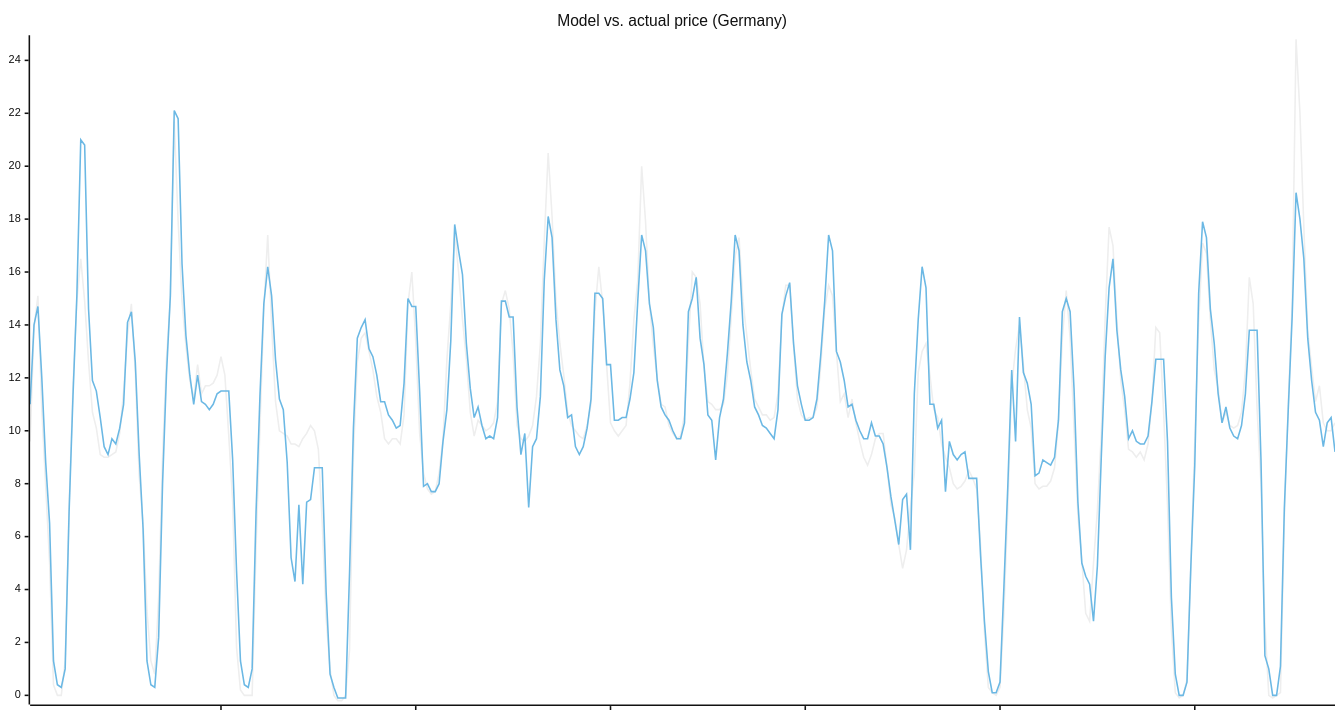
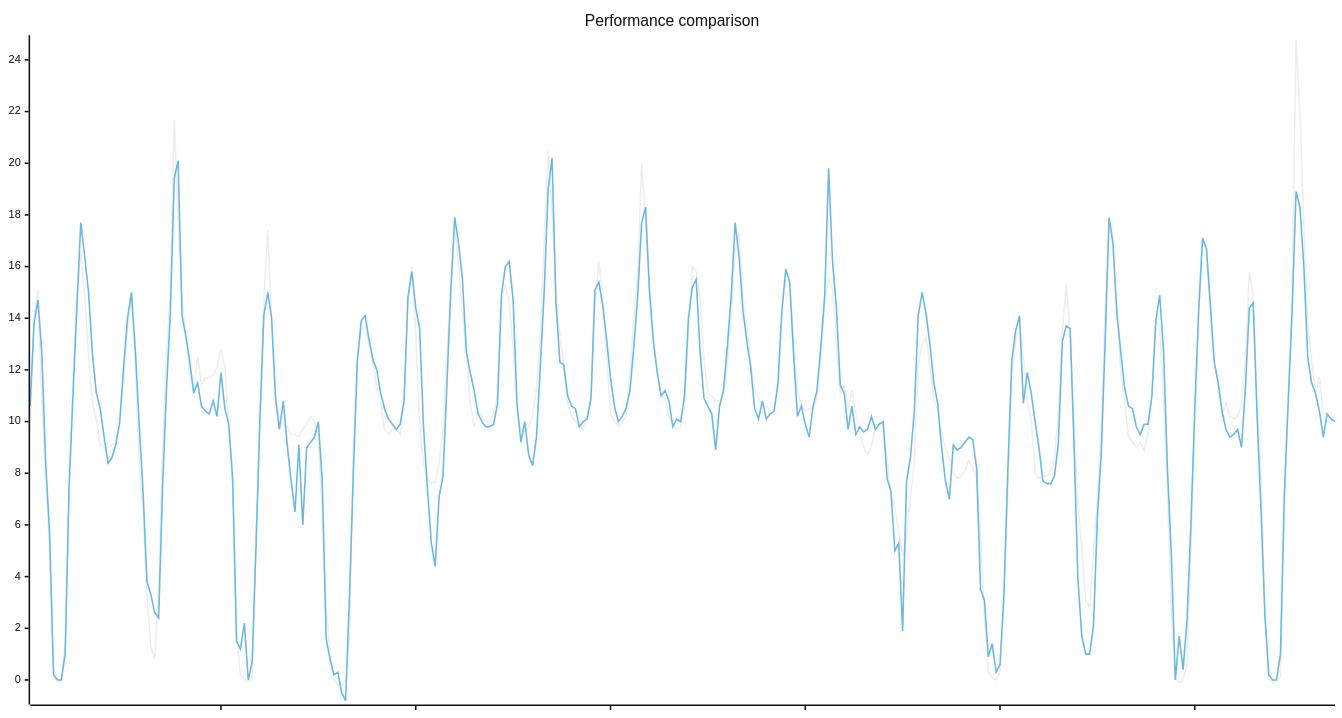
One commit to hchris1/EpexPredictor changed the diagram in README.md. Above: the diagram before and after it, drawn with Mermaid (neutral theme). The commit also changed other lines of this file and 2 other files, not shown here.

Commit message:
slightly revised model: add up weather cols into one before KNN. Slightly better performance especially when detecting strong peaks/valleys

````diff
--- a/README.md
+++ b/README.md
@@ -63,15 +64,15 @@
 ```mermaid
 ---
 config:
     xyChart:
         width: 1700
         height: 900
         plotReservedSpacePercent: 80
         xAxis:
             showLabel: false
 ---
 xychart-beta
-    title "Model vs. actual price (Germany)"
-    line [9.6,13.9,15.1,10.8,7.9,5.0,0.4,0.0,0.0,1.3,7.1,11.7,14.9,16.5,14.9,12.6,10.7,10.1,9.1,9.0,9.0,9.1,9.2,9.9,11.5,13.6,14.8,12.2,8.3,6.5,3.2,1.3,0.8,3.7,9.0,12.7,15.0,21.7,17.9,14.9,13.2,11.9,11.2,12.5,11.4,11.7,11.7,11.8,12.1,12.8,12.1,9.8,7.3,1.8,0.2,-0.0,-0.0,0.0,5.6,10.1,14.6,17.4,14.0,11.1,10.0,9.9,9.8,9.5,9.5,9.4,9.7,9.9,10.2,10.0,9.3,6.5,2.9,1.0,0.0,-0.2,-0.2,0.0,1.7,9.1,12.6,13.5,13.7,13.0,12.3,11.3,10.7,9.7,9.5,9.7,9.7,9.5,10.6,14.8,16.0,13.4,9.9,8.4,7.8,7.6,7.7,8.4,9.7,12.7,14.8,17.5,16.0,14.2,12.7,10.7,9.8,10.4,10.2,10.0,10.1,10.3,11.1,14.8,15.3,14.6,12.9,10.2,9.7,9.6,9.8,10.2,11.3,13.3,17.2,20.5,18.1,14.9,13.3,12.1,10.7,10.2,10.0,9.8,9.7,10.2,11.0,14.5,16.2,14.8,12.5,10.3,10.0,9.8,10.0,10.2,11.8,14.2,15.7,20.0,17.9,14.8,13.2,12.0,11.0,10.9,10.2,9.9,9.7,9.8,10.6,13.3,16.0,15.8,14.8,12.4,11.1,11.0,10.8,10.8,11.0,12.1,14.3,16.6,17.3,14.9,13.6,12.3,11.2,10.9,10.6,10.6,10.4,10.5,11.4,14.3,15.5,15.5,13.2,11.2,10.6,10.4,10.5,10.5,10.9,12.5,14.6,15.5,15.1,13.0,11.1,11.4,10.5,11.2,10.3,9.6,9.0,8.7,9.1,9.7,9.9,9.9,8.6,7.2,6.7,5.7,4.8,5.5,7.1,8.4,12.2,13.0,13.3,12.1,10.8,10.5,9.5,9.0,8.6,8.0,7.8,7.9,8.1,8.5,8.2,7.8,5.7,2.4,0.3,0.1,0.0,0.3,3.1,7.1,11.7,13.1,14.0,12.5,10.8,10.1,8.0,7.8,7.9,7.9,8.1,8.6,10.3,13.5,15.3,13.5,10.1,6.8,5.1,3.1,2.8,5.0,7.0,9.9,14.3,17.7,17.0,14.2,11.9,10.8,9.3,9.2,9.0,9.2,8.9,9.5,11.1,13.9,13.7,10.7,7.2,2.5,0.1,-0.1,-0.0,0.6,5.0,9.6,14.1,17.1,16.7,14.2,12.3,11.6,10.3,10.7,10.2,10.1,10.2,10.7,12.3,15.8,14.8,10.8,8.0,2.7,-0.0,-0.1,-0.0,0.1,6.7,11.0,14.8,24.8,22.0,17.7,13.8,12.4,11.1,11.7,10.3,10.0,10.0,10.3]
-    line [11.0,14.0,14.7,12.0,8.8,6.5,1.3,0.4,0.3,1.0,6.9,11.3,15.1,21.0,20.8,14.6,11.9,11.5,10.5,9.4,9.1,9.7,9.5,10.1,11.0,14.1,14.5,12.6,9.1,6.3,1.3,0.4,0.3,2.2,8.0,12.1,15.1,22.1,21.8,16.3,13.6,12.1,11.0,12.1,11.1,11.0,10.8,11.0,11.4,11.5,11.5,11.5,8.9,4.7,1.3,0.4,0.3,1.0,6.9,11.3,14.8,16.2,15.1,12.7,11.2,10.8,8.8,5.2,4.3,7.2,4.2,7.3,7.4,8.6,8.6,8.6,3.9,0.8,0.3,-0.1,-0.1,-0.1,4.6,10.1,13.5,13.9,14.2,13.1,12.8,12.1,11.1,11.1,10.6,10.4,10.1,10.2,11.8,15.0,14.7,14.7,11.5,7.9,8.0,7.7,7.7,8.0,9.6,10.8,13.4,17.8,16.8,15.9,13.3,11.6,10.5,10.9,10.2,9.7,9.8,9.7,10.5,14.9,14.9,14.3,14.3,10.9,9.1,9.9,7.1,9.4,9.7,11.3,15.7,18.1,17.3,14.2,12.3,11.7,10.5,10.6,9.4,9.1,9.4,10.1,11.2,15.2,15.2,15.0,12.5,12.5,10.4,10.4,10.5,10.5,11.2,12.2,14.9,17.4,16.8,14.8,13.9,11.9,10.9,10.6,10.4,10.0,9.7,9.7,10.3,14.5,15.0,15.8,13.5,12.5,10.6,10.4,8.9,10.5,11.2,12.9,14.9,17.4,16.8,14.0,12.6,11.9,10.9,10.6,10.2,10.1,9.9,9.7,10.8,14.4,15.1,15.6,13.3,11.7,11.0,10.4,10.4,10.5,11.2,12.9,14.9,17.4,16.8,13.0,12.6,11.9,10.9,11.0,10.4,10.0,9.7,9.7,10.3,9.8,9.8,9.5,8.6,7.5,6.6,5.7,7.4,7.6,5.5,11.4,14.2,16.2,15.4,11.0,11.0,10.1,10.4,7.7,9.6,9.1,8.9,9.1,9.2,8.2,8.2,8.2,5.3,2.8,0.9,0.1,0.1,0.5,4.1,7.9,12.3,9.6,14.3,12.2,11.8,11.0,8.3,8.4,8.9,8.8,8.7,9.0,10.4,14.5,15.0,14.5,11.6,7.3,5.0,4.5,4.2,2.8,4.9,9.0,12.8,15.4,16.5,13.8,12.3,11.3,9.7,10.0,9.6,9.5,9.5,9.8,11.1,12.7,12.7,12.7,9.6,3.7,0.8,-0.0,-0.0,0.5,4.9,8.7,15.2,17.9,17.3,14.6,13.3,11.4,10.3,10.9,10.1,9.8,9.7,10.2,11.4,13.8,13.8,13.8,8.9,1.5,1.0,-0.0,0.0,1.1,7.1,10.8,14.3,19.0,18.0,16.5,13.5,11.9,10.7,10.4,9.4,10.3,10.5,9.2]
+    title "Performance comparison"
+    line [9.6,13.9,15.1,10.8,7.9,5.0,0.4,0.0,0.0,1.3,7.1,11.7,14.9,16.5,14.9,12.6,10.7,10.1,9.1,9.0,9.0,9.1,9.2,9.9,11.5,13.6,14.8,12.2,8.3,6.5,3.2,1.3,0.8,3.7,9.0,12.7,15.0,21.7,17.9,14.9,13.2,11.9,11.2,12.5,11.4,11.7,11.7,11.8,12.1,12.8,12.1,9.8,7.3,1.8,0.2,-0.0,-0.0,0.0,5.6,10.1,14.6,17.4,14.0,11.1,10.0,9.9,9.8,9.5,9.5,9.4,9.7,9.9,10.2,10.0,9.3,6.5,2.9,1.0,0.0,-0.2,-0.2,0.0,1.7,9.1,12.6,13.5,13.7,13.0,12.3,11.3,10.7,9.7,9.5,9.7,9.7,9.5,10.6,14.8,16.0,13.4,9.9,8.4,7.8,7.6,7.7,8.4,9.7,12.7,14.8,17.5,16.0,14.2,12.7,10.7,9.8,10.4,10.2,10.0,10.0,10.3,11.1,14.8,15.3,14.6,12.9,10.2,9.7,9.6,9.8,10.2,11.3,13.3,17.2,20.5,18.1,14.9,13.3,12.1,10.7,10.2,10.0,9.8,9.7,10.2,11.0,14.5,16.2,14.8,12.5,10.3,10.0,9.8,10.0,10.2,11.8,14.2,15.7,20.0,17.9,14.8,13.2,12.0,11.0,10.9,10.2,9.9,9.7,9.8,10.6,13.3,16.0,15.8,14.8,12.4,11.1,11.0,10.8,10.8,11.0,12.1,14.3,16.6,17.3,14.9,13.6,12.3,11.2,10.9,10.6,10.6,10.4,10.5,11.4,14.3,15.5,15.5,13.2,11.2,10.6,10.4,10.5,10.5,10.9,12.5,14.6,15.5,15.1,13.0,11.1,11.4,10.5,11.2,10.3,9.6,9.0,8.7,9.1,9.7,9.9,9.9,8.6,7.2,6.7,5.7,4.8,5.5,7.1,8.4,12.2,13.0,13.3,12.1,10.8,10.5,9.5,9.0,8.6,8.0,7.8,7.9,8.1,8.5,8.2,7.8,5.7,2.4,0.3,0.1,0.0,0.3,3.1,7.1,11.7,13.1,14.0,12.5,10.8,10.1,8.0,7.8,7.9,7.9,8.1,8.6,10.3,13.5,15.3,13.5,10.1,6.8,5.1,3.1,2.8,5.0,7.0,9.9,14.3,17.7,17.0,14.2,11.9,10.8,9.4,9.2,9.0,9.2,8.9,9.5,11.1,13.9,13.7,10.7,7.2,2.5,0.1,-0.1,-0.0,0.6,5.0,9.6,14.1,17.1,16.7,14.2,12.3,11.6,10.3,10.7,10.2,10.1,10.2,10.7,12.3,15.8,14.8,10.8,8.0,2.7,-0.0,-0.1,-0.0,0.1,6.7,11.0,14.8,24.8,22.0,17.7,13.8,12.4,11.1,11.7,10.3,10.0,10.0,10.3]
+    line [10.6,13.8,14.7,12.7,8.4,5.7,0.2,-0.0,0.0,1.0,7.5,11.0,14.4,17.7,16.4,15.0,12.6,11.1,10.5,9.4,8.4,8.6,9.1,10.0,12.1,14.0,15.0,12.8,9.9,7.3,3.8,3.3,2.6,2.4,7.4,11.2,14.2,19.4,20.1,14.1,13.3,12.3,11.1,11.5,10.6,10.4,10.3,10.8,10.2,11.9,10.5,9.9,7.8,1.5,1.2,2.2,0.0,0.7,5.2,10.1,14.1,15.0,14.0,10.9,9.7,10.8,9.1,7.7,6.5,9.1,6.0,9.0,9.2,9.4,10.0,7.7,1.6,0.8,0.2,0.3,-0.5,-0.8,3.3,8.1,12.3,13.9,14.1,13.2,12.4,12.0,11.1,10.5,10.1,9.9,9.7,9.9,10.8,14.8,15.8,14.4,13.6,9.8,7.4,5.3,4.4,7.1,7.9,11.4,15.1,17.9,16.9,15.5,12.7,11.9,11.2,10.3,10.0,9.8,9.8,9.9,10.7,14.9,16.0,16.2,14.7,10.7,9.2,10.0,8.7,8.3,9.4,12.2,15.1,19.0,20.2,14.6,12.3,12.2,11.0,10.6,10.5,9.8,10.0,10.1,10.9,15.1,15.4,14.5,13.2,11.7,10.6,10.0,10.2,10.5,11.2,12.9,14.9,17.7,18.3,15.1,13.1,11.9,11.0,11.2,10.8,9.8,10.1,10.0,11.0,14.0,15.2,15.5,12.7,10.9,10.6,10.3,8.9,10.6,11.2,12.9,14.9,17.7,16.4,14.3,13.1,12.1,10.5,10.1,10.8,10.1,10.3,10.4,11.5,14.3,15.9,15.4,12.6,10.2,10.6,9.9,9.4,10.6,11.2,12.9,14.9,19.8,16.2,14.4,11.4,11.1,9.7,10.6,9.5,9.8,9.6,9.7,10.2,9.7,9.9,10.0,7.8,7.3,5.0,5.3,1.9,7.7,8.6,10.4,14.1,15.0,14.2,13.0,11.5,10.7,9.0,7.7,7.0,9.1,8.9,9.0,9.2,9.4,9.3,8.2,3.5,3.1,0.9,1.4,0.3,0.6,3.3,8.1,12.3,13.5,14.1,10.7,11.9,11.1,10.0,9.0,7.7,7.6,7.6,7.9,9.2,13.1,13.7,13.6,9.1,3.9,1.7,1.0,1.0,2.1,6.3,8.8,13.1,17.9,16.9,14.2,12.7,11.3,10.6,10.5,9.8,9.5,9.9,9.9,11.0,13.9,14.9,12.7,8.1,4.8,0.0,1.7,0.4,2.3,6.0,10.5,14.3,17.1,16.7,14.5,12.3,11.5,10.4,9.7,9.4,9.5,9.7,9.0,11.3,14.4,14.6,10.2,6.6,2.5,0.2,-0.0,0.0,1.0,7.2,10.8,14.3,18.9,18.3,16.0,12.5,11.5,11.1,10.4,9.4,10.3,10.1,10.0]
 ```
````
